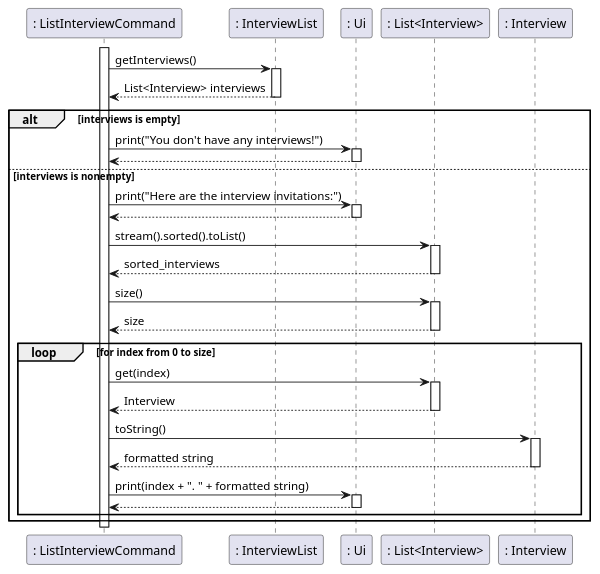
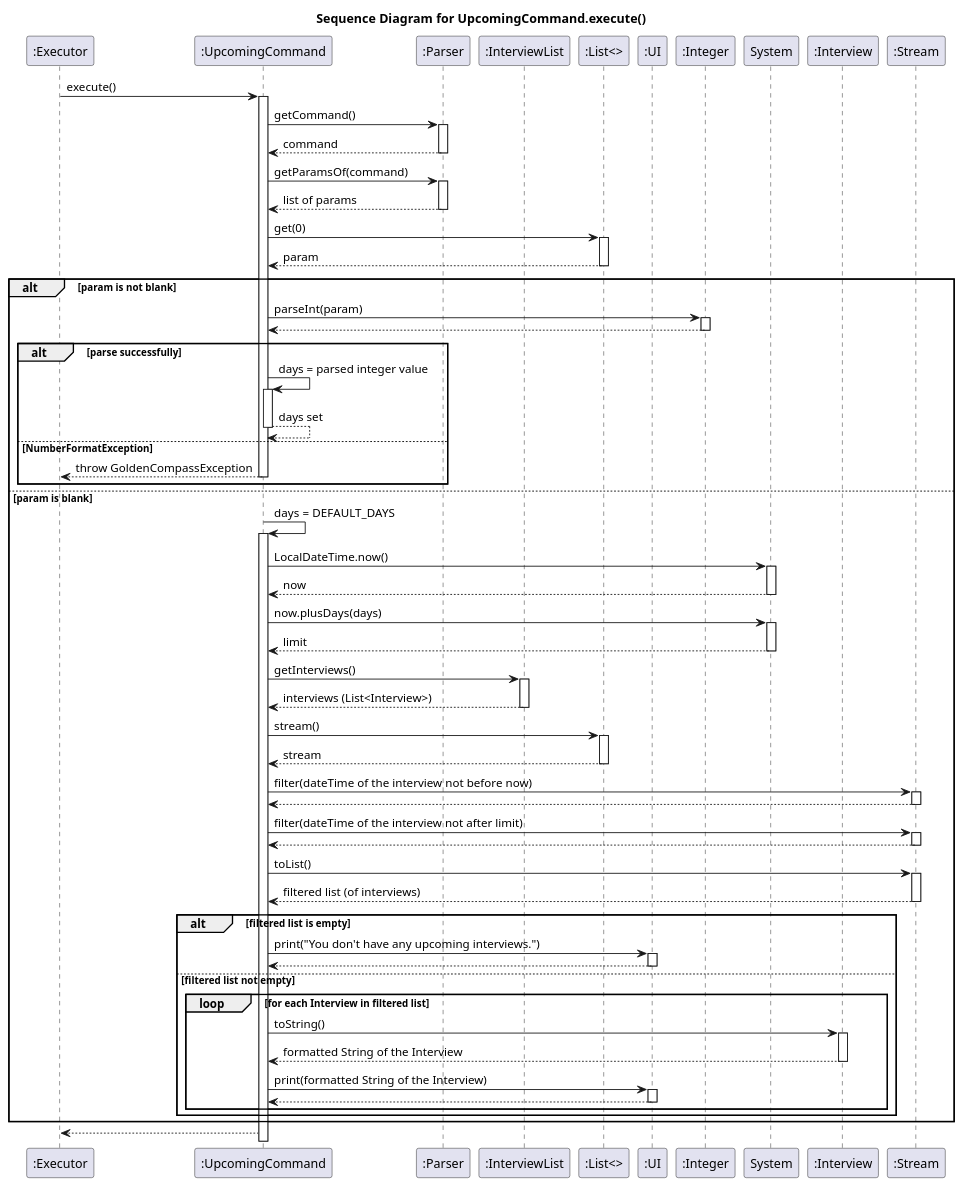
Before and after one commit to Yian123330/tp: the diagram in docs/diagrams/UpcomingCommandSequenceDiagram.puml, drawn with PlantUML. The commit also changed 8 other files, not shown here.

```diff
--- a/docs/diagrams/UpcomingCommandSequenceDiagram.puml
+++ b/docs/diagrams/UpcomingCommandSequenceDiagram.puml
@@ -1,62 +1,102 @@
 @startuml
+title Sequence Diagram for UpcomingCommand.execute()
 
-participant ": ListInterviewCommand" as ListInterviewCommand
-participant ": InterviewList" as InterviewList
-participant ": Ui" as Ui
-participant ": List<Interview>" as L
-participant ": Interview" as Interview
+participant ":Executor" as E
+participant ":UpcomingCommand" as UC
+participant ":Parser" as P
+participant ":InterviewList" as IL
+participant ":List<>" as L
+participant ":UI" as UI
+participant ":Integer" as I
+participant "System" as Sys
+participant ":Interview" as Int
+participant ":Stream" as S
 
-activate ListInterviewCommand
+E -> UC: execute()
+activate UC
+UC -> P: getCommand()
+activate P
+P --> UC: command
+deactivate P
 
-ListInterviewCommand -> InterviewList : getInterviews()
-activate InterviewList
-InterviewList --> ListInterviewCommand : List<Interview> interviews
-deactivate InterviewList
+UC -> P: getParamsOf(command)
+activate P
+P --> UC: list of params
+deactivate P
 
-alt interviews is empty
-    ListInterviewCommand -> Ui : print("You don't have any interviews!")
-    activate Ui
-    Ui --> ListInterviewCommand
-    deactivate Ui
+UC -> L: get(0)
+activate L
+L --> UC: param
+deactivate L
 
-else interviews is nonempty
+alt param is not blank
+    UC -> I: parseInt(param)
+    activate I
+    I --> UC
+    deactivate I
+    alt parse successfully
+    UC -> UC: days = parsed integer value
+    activate UC
+    UC --> UC: days set
+    deactivate UC
+    else NumberFormatException
+    UC --> E: throw GoldenCompassException
+    deactivate UC
+    end
+else param is blank
+UC -> UC: days = DEFAULT_DAYS
+activate UC
 
-    ListInterviewCommand -> Ui : print("Here are the interview invitations:")
-    activate Ui
-    Ui --> ListInterviewCommand
-    deactivate Ui
+UC -> Sys: LocalDateTime.now()
+activate Sys
+Sys --> UC: now
+deactivate Sys
 
-    ListInterviewCommand -> L : stream().sorted().toList()
-    activate L
-    L --> ListInterviewCommand : sorted_interviews
-    deactivate L
+UC -> Sys: now.plusDays(days)
+activate Sys
+Sys --> UC: limit
+deactivate Sys
 
-    ListInterviewCommand -> L : size()
-    activate L
-    L --> ListInterviewCommand : size
-    deactivate L
+UC -> IL: getInterviews()
+activate IL
+IL --> UC: interviews (List<Interview>)
+deactivate IL
 
-    loop for index from 0 to size
+UC -> L: stream()
+activate L
+L --> UC: stream
+deactivate L
+UC -> S: filter(dateTime of the interview not before now)
+activate S
+S --> UC
+deactivate S
+UC -> S: filter(dateTime of the interview not after limit)
+activate S
+S --> UC
+deactivate S
+UC -> S: toList()
+activate S
+S --> UC: filtered list (of interviews)
+deactivate S
 
-        ListInterviewCommand -> L : get(index)
-        activate L
-        L --> ListInterviewCommand : Interview
-        deactivate L
 
-        ListInterviewCommand -> Interview : toString()
-        activate Interview
-        Interview --> ListInterviewCommand : formatted string
-        deactivate Interview
-
-        ListInterviewCommand -> Ui : print(index + ". " + formatted string)
-        activate Ui
-        Ui --> ListInterviewCommand
-        deactivate Ui
-
+alt filtered list is empty
+    UC -> UI: print("You don't have any upcoming interviews.")
+    activate UI
+    UI --> UC:
+    deactivate UI
+else filtered list not empty
+    loop for each Interview in filtered list
+        UC -> Int: toString()
+        activate Int
+        Int --> UC: formatted String of the Interview
+        deactivate Int
+        UC -> UI: print(formatted String of the Interview)
+        activate UI
+        UI --> UC:
+        deactivate UI
     end
-
 end
-
-deactivate ListInterviewCommand
-
+end
+UC --> E
 @enduml
```
